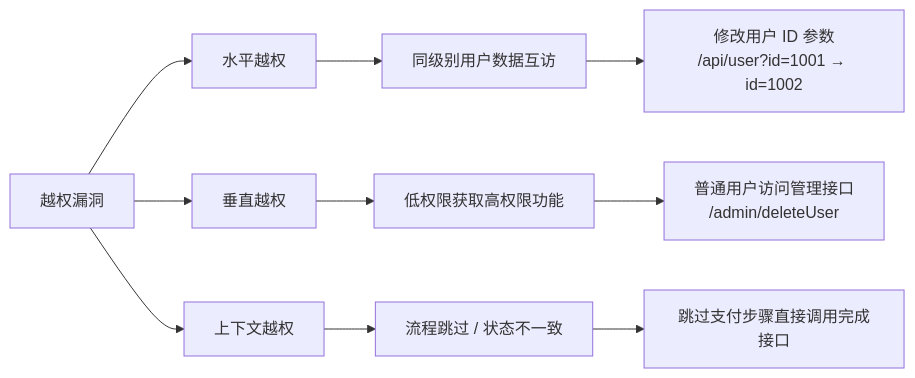
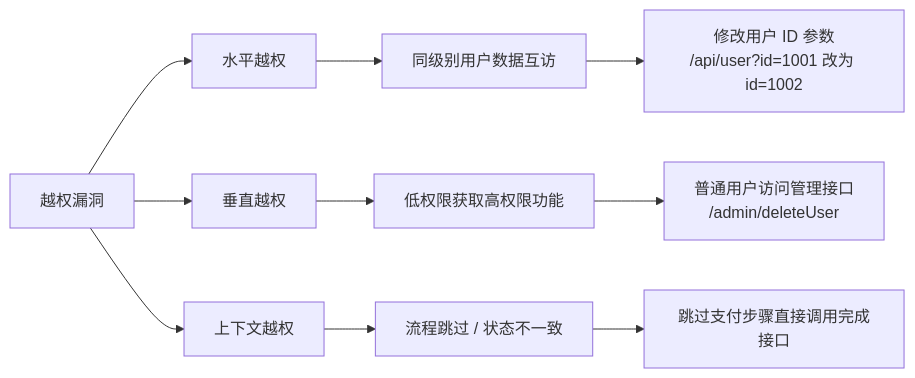
Before and after one commit to J1syan/J1syan.github.io: the second of 11 diagrams in src/content/blog/web-security-interview-notes.md, drawn with Mermaid. The commit also changed other lines of this file, not shown here.

First line of the commit message:
fix: 彻底修复 Mermaid 图表渲染问题

````diff
--- a/src/content/blog/web-security-interview-notes.md
+++ b/src/content/blog/web-security-interview-notes.md
@@ -56,15 +67,15 @@
 ```mermaid
 graph LR
     A["越权漏洞"] --> B["水平越权"]
     A --> C["垂直越权"]
     A --> D["上下文越权"]
 
     B --> B1["同级别用户数据互访"]
-    B1 --> B2["修改用户 ID 参数\n/api/user?id=1001 → id=1002"]
+    B1 --> B2["修改用户 ID 参数\n/api/user?id=1001 改为 id=1002"]
 
     C --> C1["低权限获取高权限功能"]
     C1 --> C2["普通用户访问管理接口\n/admin/deleteUser"]
 
     D --> D1["流程跳过 / 状态不一致"]
     D1 --> D2["跳过支付步骤直接调用完成接口"]
 ```
````
